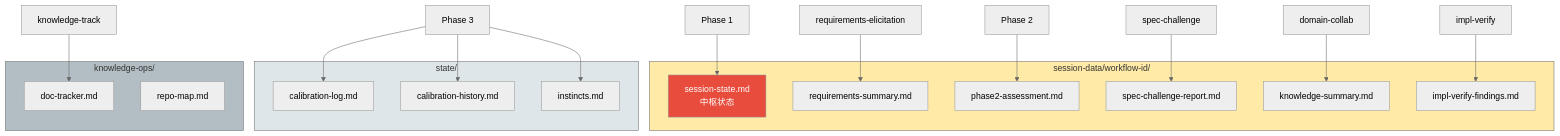
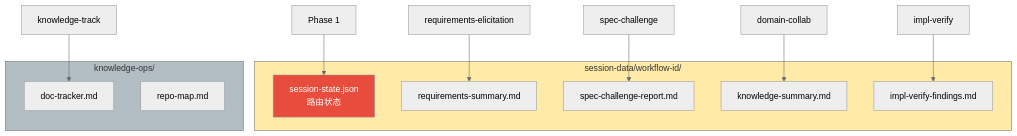
The ninth of 9 diagrams in docs/workflow-execution-flow.md (Aimeerrhythm/enterprise-change-workflow), drawn with Mermaid (neutral theme) before and after one commit. The commit also changed other lines of this file and 13 other files, not shown here.

````diff
--- a/docs/workflow-execution-flow.md
+++ b/docs/workflow-execution-flow.md
@@ -410,38 +378,26 @@
 ```mermaid
 flowchart TD
     subgraph ARTIFACTS [session-data/workflow-id/]
-        SS[session-state.md<br/>中枢状态]
+        SS[session-state.json<br/>路由状态]
         RS[requirements-summary.md]
-        P2A[phase2-assessment.md]
         SCR[spec-challenge-report.md]
         KS[knowledge-summary.md]
         IVF[impl-verify-findings.md]
-    end
-
-    subgraph STATE [state/]
-        CL[calibration-log.md]
-        CH[calibration-history.md]
-        INS[instincts.md]
     end
 
     subgraph KNOWLEDGE [knowledge-ops/]
         DT[doc-tracker.md]
         RM[repo-map.md]
     end
 
     PHASE1_OUT[Phase 1] --> SS
     REQ_OUT[requirements-elicitation] --> RS
-    PHASE2_OUT[Phase 2] --> P2A
     SPEC_OUT[spec-challenge] --> SCR
     DC_OUT[domain-collab] --> KS
     IV_OUT[impl-verify] --> IVF
-    CAL_OUT[Phase 3] --> CL
-    CAL_OUT --> CH
-    CAL_OUT --> INS
     KT_OUT[knowledge-track] --> DT
 
     style SS fill:#e74c3c,color:#fff
     style ARTIFACTS fill:#ffeaa7
-    style STATE fill:#dfe6e9
     style KNOWLEDGE fill:#b2bec3
 ```
````
